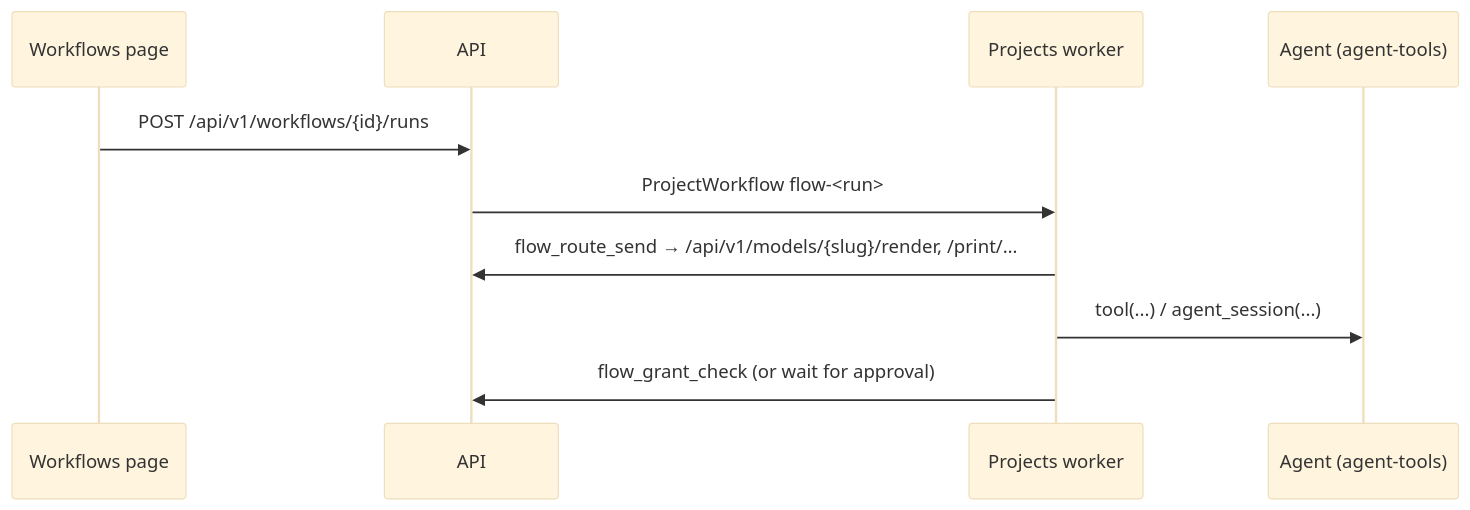
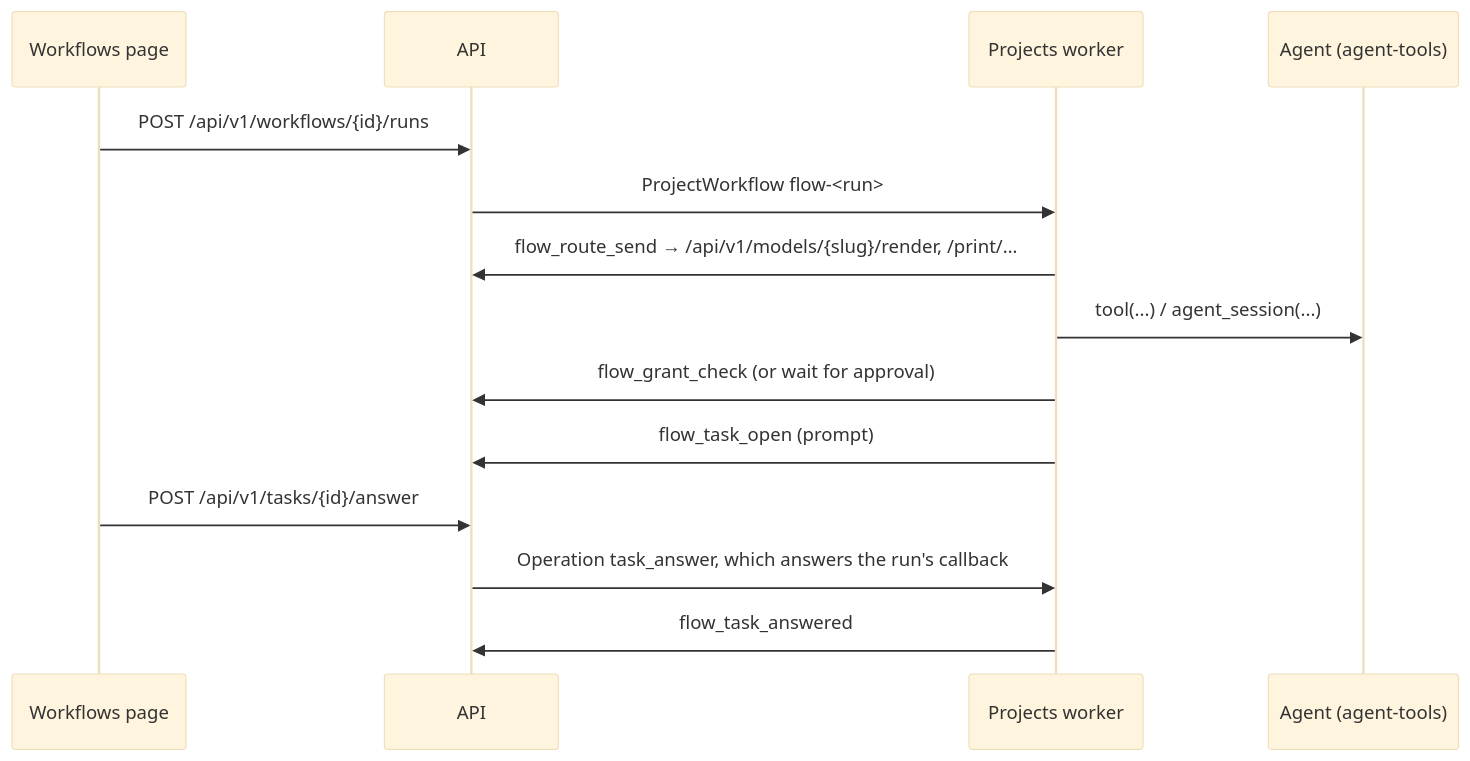
The diagram in docs/features/flows.md (eh-homelab/ScadBuddy), drawn with Mermaid (base theme) before and after one commit. The commit also changed other lines of this file and 4 other files, not shown here.

First line of the commit message:
docs(flows): prompts, tasks and waits with no default limit (#7364)

````diff
--- a/docs/features/flows.md
+++ b/docs/features/flows.md
@@ -19,12 +21,16 @@
 ```mermaid
 sequenceDiagram
     participant UI as Workflows page
     participant API
     participant PJ as Projects worker
     participant AG as Agent (agent-tools)
     UI->>API: POST /api/v1/workflows/{id}/runs
     API->>PJ: ProjectWorkflow flow-<run>
     PJ->>API: flow_route_send → /api/v1/models/{slug}/render, /print/…
     PJ->>AG: tool(...) / agent_session(...)
     PJ->>API: flow_grant_check (or wait for approval)
+    PJ->>API: flow_task_open (prompt)
+    UI->>API: POST /api/v1/tasks/{id}/answer
+    API->>PJ: Operation task_answer, which answers the run's callback
+    PJ->>API: flow_task_answered
 ```
````
